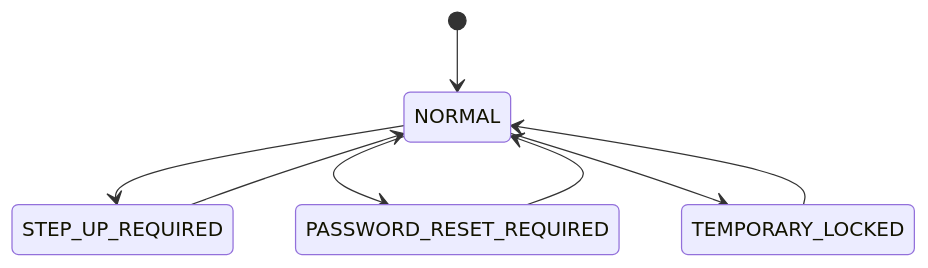
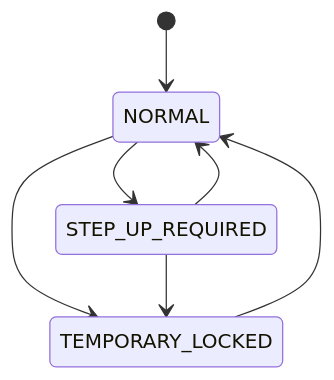
The fifth of 7 diagrams in docs/system-design/01-账户与身份/06-账号状态与商户成员关系.md (sxyq/mastergoods), drawn with Mermaid before and after one commit. The commit also changed other lines of this file and 2 other files, not shown here.

````diff
--- a/docs/system-design/01-账户与身份/06-账号状态与商户成员关系.md
+++ b/docs/system-design/01-账户与身份/06-账号状态与商户成员关系.md
@@ -176,12 +190,9 @@
 ```mermaid
 stateDiagram-v2
     [*] --> NORMAL
-
     NORMAL --> STEP_UP_REQUIRED
-    NORMAL --> PASSWORD_RESET_REQUIRED
+    STEP_UP_REQUIRED --> NORMAL
     NORMAL --> TEMPORARY_LOCKED
-
-    STEP_UP_REQUIRED --> NORMAL
-    PASSWORD_RESET_REQUIRED --> NORMAL
+    STEP_UP_REQUIRED --> TEMPORARY_LOCKED
     TEMPORARY_LOCKED --> NORMAL
 ```
````
